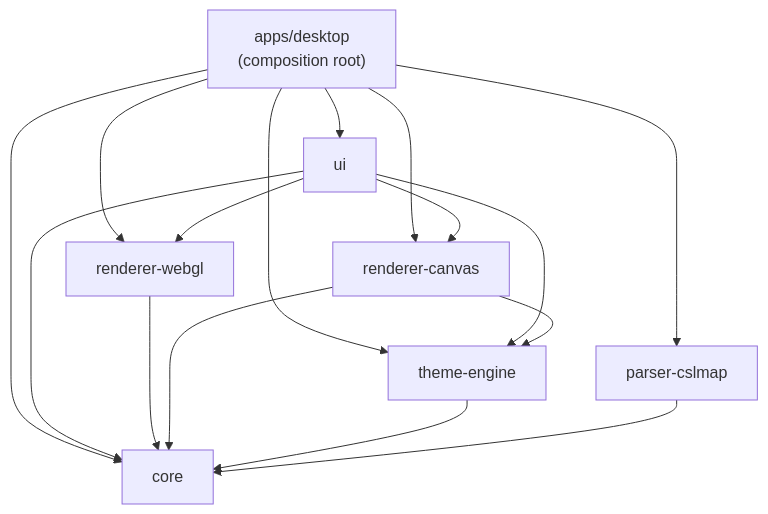
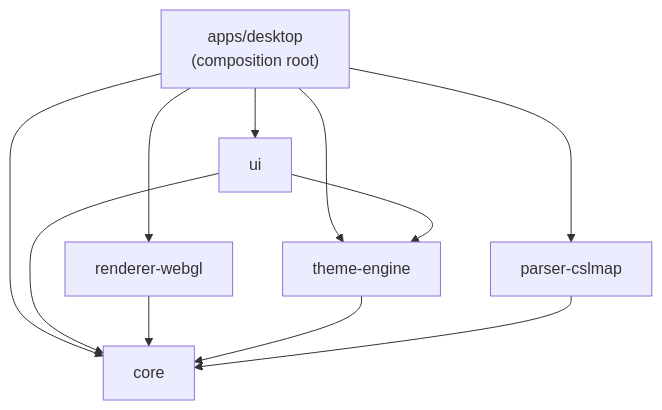
The diagram in docs/es/integration-architecture.md (sebas-tcotd/vellum), drawn with Mermaid before and after one commit. The commit also changed other lines of this file and 108 other files, not shown here.

````diff
--- a/docs/es/integration-architecture.md
+++ b/docs/es/integration-architecture.md
@@ -13,21 +13,16 @@
 ```mermaid
 graph TD
   desktop["apps/desktop<br/>(composition root)"] --> ui
   desktop --> core
   desktop --> parser["parser-cslmap"]
   desktop --> rweb["renderer-webgl"]
-  desktop --> rcanvas["renderer-canvas"]
   desktop --> themes["theme-engine"]
 
   ui --> core
-  ui --> rweb
-  ui --> rcanvas
   ui --> themes
 
   rweb --> core
-  rcanvas --> core
-  rcanvas --> themes
 
   themes --> core
   parser --> core
 ```
````
